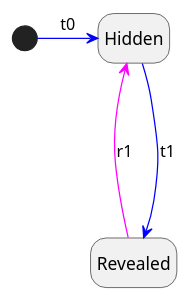
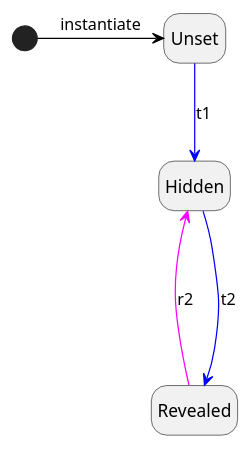
The diagram in docs/Revealable_state.puml (bortch/Revealable), drawn with PlantUML before and after one commit. The commit also changed 6 other files, not shown here.

```diff
--- a/docs/Revealable_state.puml
+++ b/docs/Revealable_state.puml
@@ -1,8 +1,8 @@
 @startuml
 
 hide empty description
-
-[*] -[#Blue]> Hidden: t0
-Hidden -[#Blue]--> Revealed : t1
-Hidden <-[#Fuchsia]- Revealed: r1
+[*] -[#Black]> Unset: instantiate
+Unset -[#Blue]-> Hidden: t1
+Hidden -[#Blue]--> Revealed : t2
+Hidden <-[#Fuchsia]- Revealed: r2
 @enduml
```
